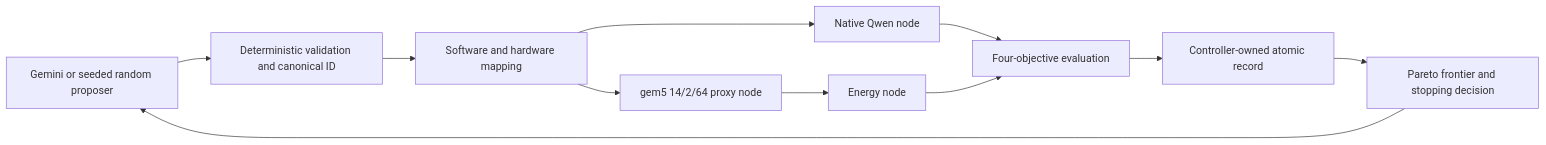
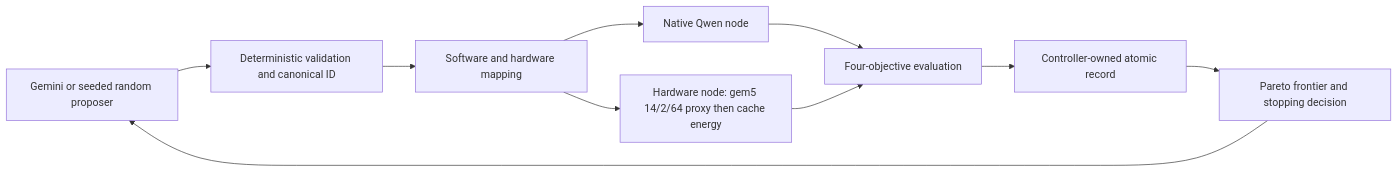
One commit to SocialLab-AI/CHIA-Project changed the diagram in docs/ARCHITECTURE.md. Above: the diagram before and after it, drawn with Mermaid. The commit also changed other lines of this file and 21 other files, not shown here.

Commit message:
feat: integrate cache energy into hardware execution

````diff
--- a/docs/ARCHITECTURE.md
+++ b/docs/ARCHITECTURE.md
@@ -5,13 +5,12 @@
 ```mermaid
 flowchart LR
   P[Gemini or seeded random proposer] --> V[Deterministic validation and canonical ID]
   V --> M[Software and hardware mapping]
   M --> N[Native Qwen node]
-  M --> G[gem5 14/2/64 proxy node]
-  G --> E[Energy node]
+  M --> G[Hardware node: gem5 14/2/64 proxy then cache energy]
   N --> Q[Four-objective evaluation]
-  E --> Q
+  G --> Q
   Q --> R[Controller-owned atomic record]
   R --> F[Pareto frontier and stopping decision]
   F --> P
 ```
````
